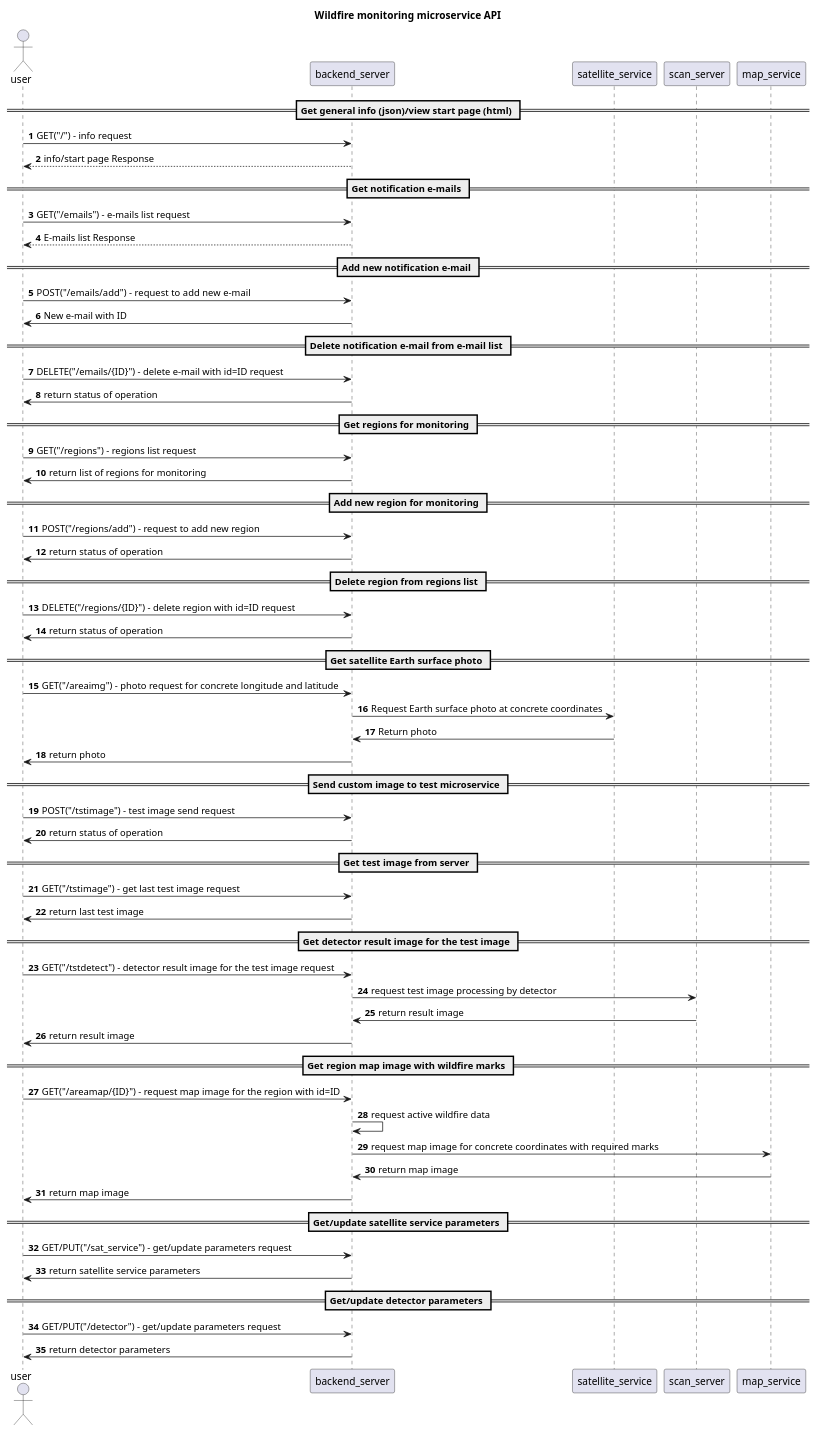
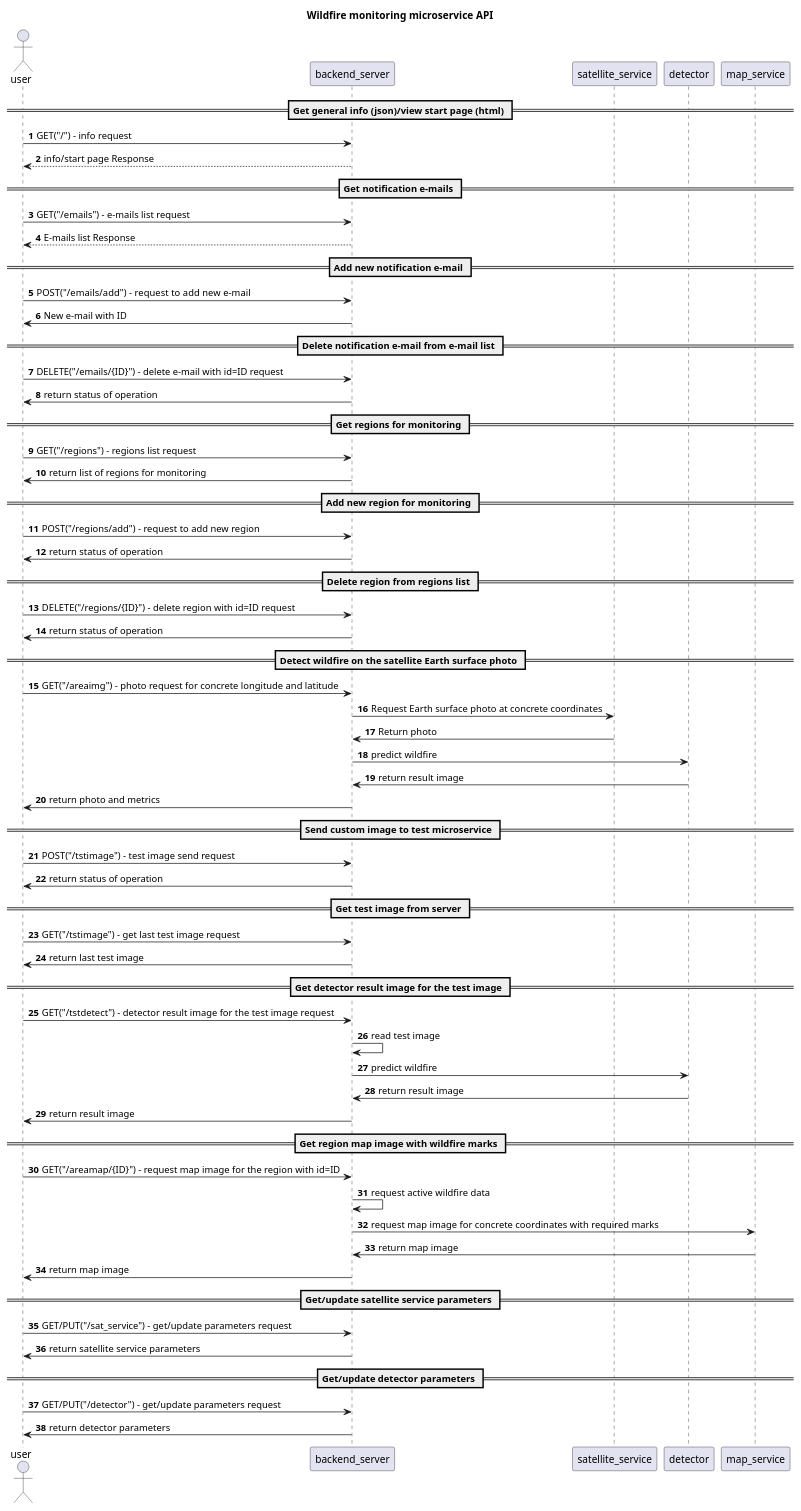
One commit to average81/wildfire_sat_finder changed the diagram in dataflow.puml. Above: the diagram before and after it, drawn with PlantUML. The commit also changed 16 other files, not shown here.

```diff
--- a/dataflow.puml
+++ b/dataflow.puml
@@ -1,57 +1,60 @@
 @startuml
 'https://plantuml.com/sequence-diagram
 
 title Wildfire monitoring microservice API
 actor user
 
 autonumber
 == Get general info (json)/view start page (html) ==
 user -> backend_server:  GET("/") - info request
 backend_server --> user: info/start page Response
 == Get notification e-mails ==
 user -> backend_server:  GET("/emails") - e-mails list request
 backend_server --> user: E-mails list Response
 == Add new notification e-mail ==
 user -> backend_server: POST("/emails/add") -  request to add new e-mail
 backend_server -> user: New e-mail with ID
 == Delete notification e-mail from e-mail list ==
 user -> backend_server: DELETE("/emails/{ID}") - delete e-mail with id=ID request
 backend_server -> user: return status of operation
 == Get regions for monitoring ==
 user -> backend_server: GET("/regions") - regions list request
 backend_server -> user: return list of regions for monitoring
 == Add new region for monitoring ==
 user -> backend_server: POST("/regions/add") - request to add new region
 backend_server -> user: return status of operation
 == Delete region from regions list ==
 user -> backend_server: DELETE("/regions/{ID}") - delete region with id=ID request
 backend_server -> user: return status of operation
-== Get satellite Earth surface photo ==
+== Detect wildfire on the satellite Earth surface photo ==
 user -> backend_server: GET("/areaimg") - photo request for concrete longitude and latitude
 backend_server -> satellite_service: Request Earth surface photo at concrete coordinates
 satellite_service -> backend_server: Return photo
-backend_server -> user: return photo
+backend_server -> detector: predict wildfire
+detector -> backend_server: return result image
+backend_server -> user: return photo and metrics
 == Send custom image to test microservice ==
 user -> backend_server: POST("/tstimage") - test image send request
 backend_server -> user: return status of operation
 == Get test image from server ==
 user -> backend_server: GET("/tstimage") - get last test image request
 backend_server -> user: return last test image
 == Get detector result image for the test image ==
 user -> backend_server: GET("/tstdetect") - detector result image for the test image request
-backend_server -> scan_server: request test image processing by detector
-scan_server -> backend_server: return result image
+backend_server -> backend_server: read test image
+backend_server -> detector: predict wildfire
+detector -> backend_server: return result image
 backend_server -> user: return result image
 == Get region map image with wildfire marks ==
 user -> backend_server: GET("/areamap/{ID}") - request map image for the region with id=ID
 backend_server -> backend_server: request active wildfire data
 backend_server -> map_service: request map image for concrete coordinates with required marks
 map_service -> backend_server: return map image
 backend_server -> user: return map image
 == Get/update satellite service parameters ==
 user -> backend_server: GET/PUT("/sat_service") - get/update parameters request
 backend_server -> user: return satellite service parameters
 == Get/update detector parameters ==
 user -> backend_server: GET/PUT("/detector") - get/update parameters request
 backend_server -> user: return detector parameters
 @enduml
```
